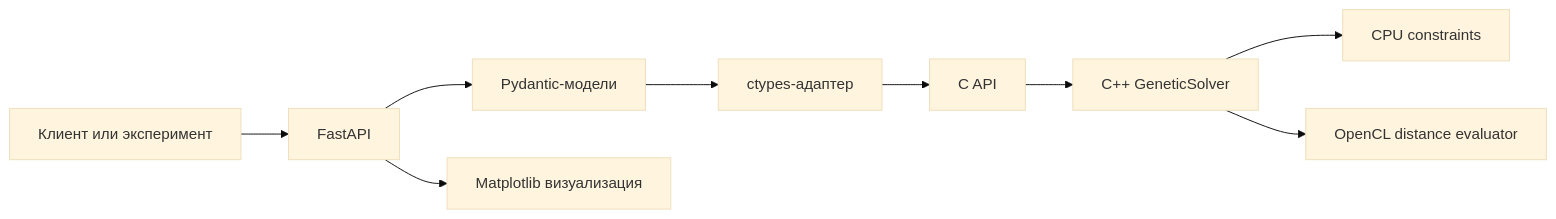
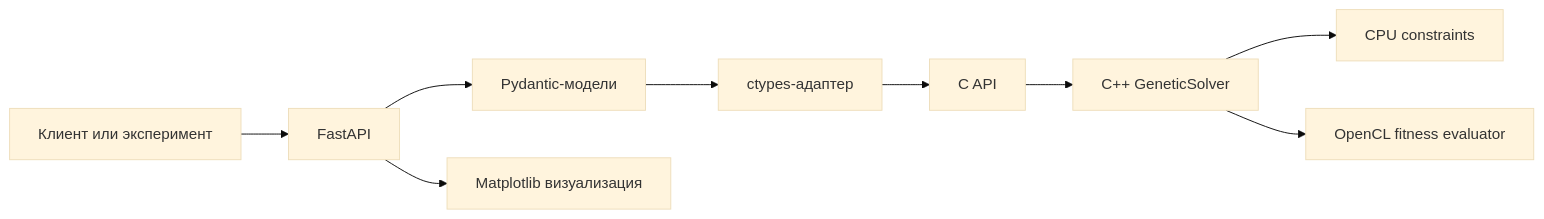
One commit to montana-exe/mitpcoursework changed the first of 5 diagrams in docs/course-paper/course-paper.md. Above: the diagram before and after it, drawn with Mermaid (base theme). The commit also changed other lines of this file and 18 other files, not shown here.

````diff
--- a/docs/course-paper/course-paper.md
+++ b/docs/course-paper/course-paper.md
@@ -101,11 +101,11 @@
 ```mermaid
 flowchart LR
     Client[Клиент или эксперимент] --> API[FastAPI]
     API --> Validation[Pydantic-модели]
     Validation --> Adapter[ctypes-адаптер]
     Adapter --> CApi[C API]
     CApi --> Solver[C++ GeneticSolver]
     Solver --> CPU[CPU constraints]
-    Solver --> OpenCL[OpenCL distance evaluator]
+    Solver --> OpenCL[OpenCL fitness evaluator]
     API --> Viz[Matplotlib визуализация]
 ```
````
